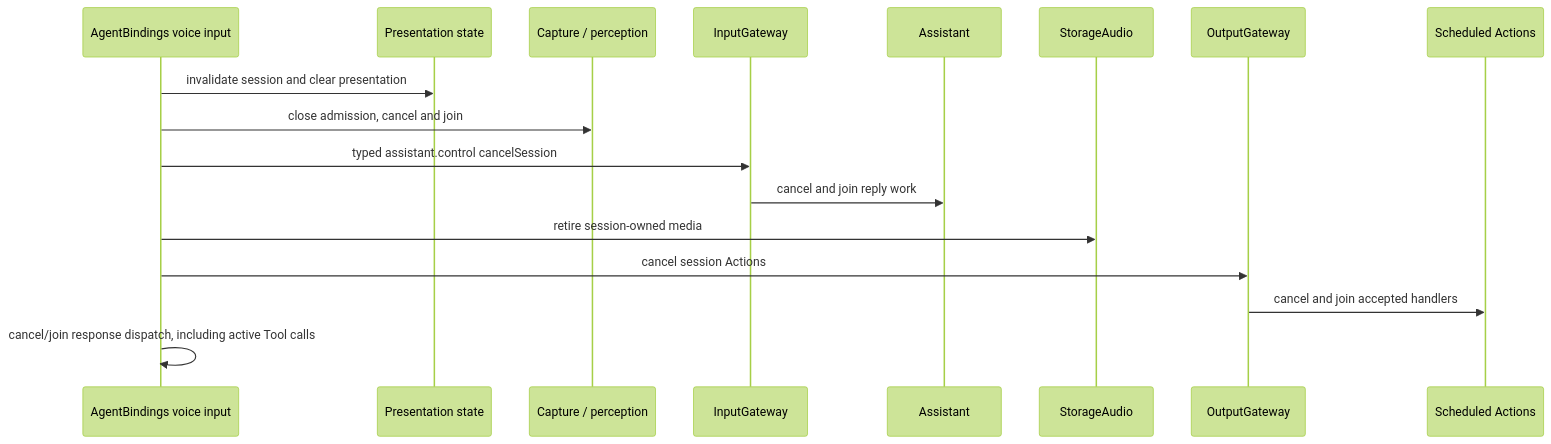
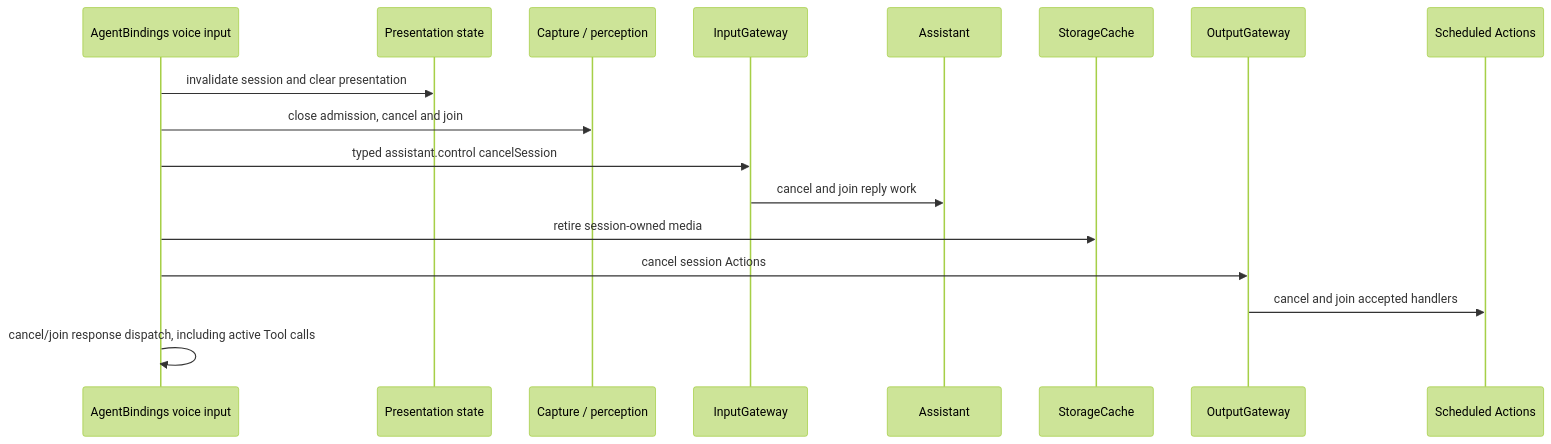
One commit to devilyouwei/MobileHarness changed diagram 16 of 32 in MobileHarness/README.md. Above: the diagram before and after it, drawn with Mermaid (forest theme). The commit also changed other lines of this file and 299 other files, not shown here.

First line of the commit message:
refactor(storage): introduce State Cache Database and Files containers

````diff
--- a/MobileHarness/README.md
+++ b/MobileHarness/README.md
@@ -782,19 +785,19 @@
 ```mermaid
 sequenceDiagram
     participant App as AgentBindings voice input
     participant UI as Presentation state
     participant Producers as Capture / perception
     participant Input as InputGateway
     participant Assistant
-    participant Audio as StorageAudio
+    participant Audio as StorageCache
     participant Output as OutputGateway
     participant Actions as Scheduled Actions
     App->>UI: invalidate session and clear presentation
     App->>Producers: close admission, cancel and join
     App->>Input: typed assistant.control cancelSession
     Input->>Assistant: cancel and join reply work
     App->>Audio: retire session-owned media
     App->>Output: cancel session Actions
     Output->>Actions: cancel and join accepted handlers
     App->>App: cancel/join response dispatch, including active Tool calls
 ```
````
